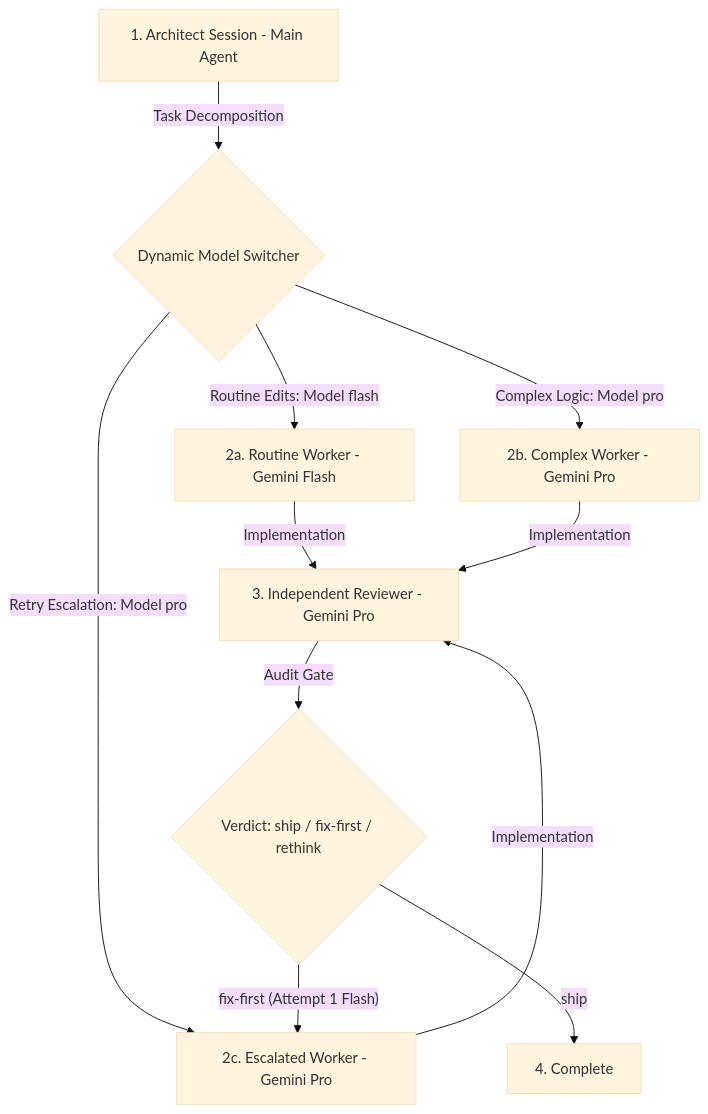
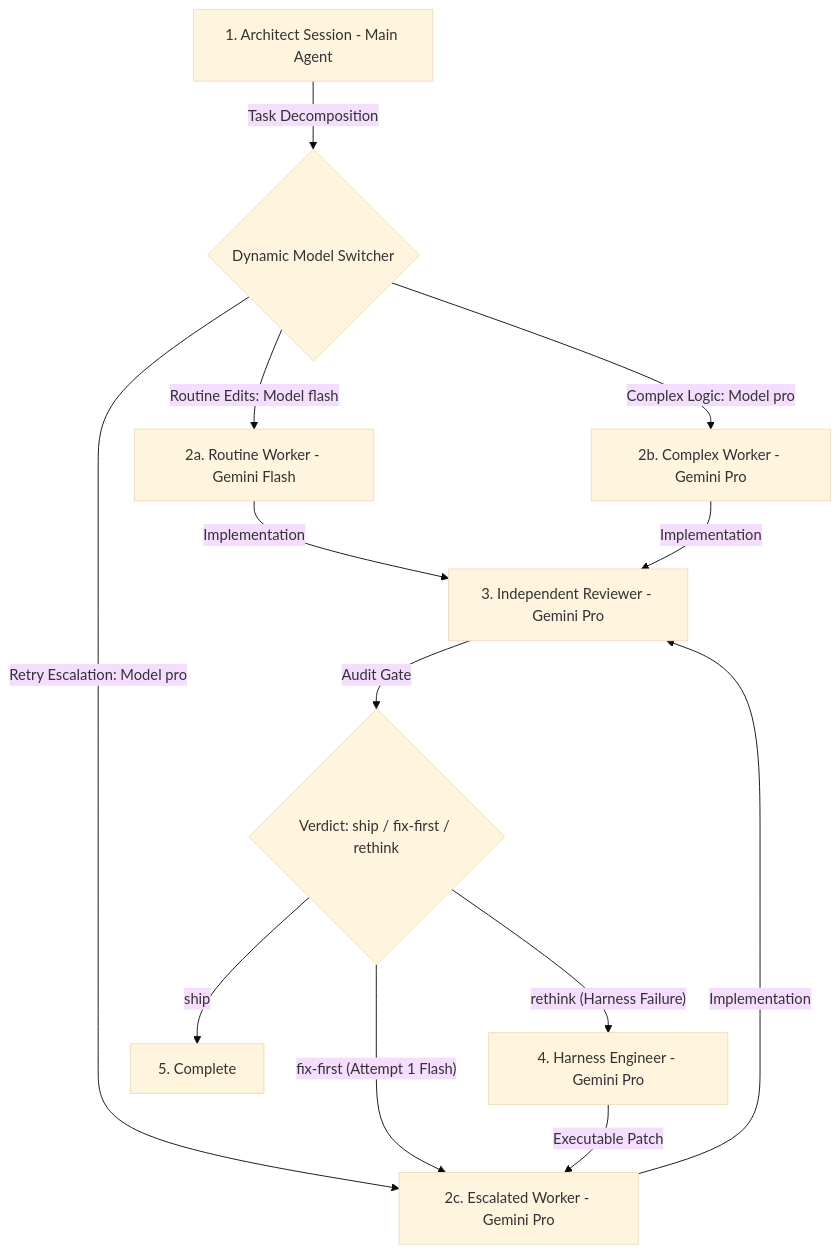
The diagram in README.md (rootkind35-del/antigravity-agentic-triad), drawn with Mermaid (base theme) before and after one commit. The commit also changed other lines of this file and 25 other files, not shown here.

Commit message:
feat: complete multi-agent triad architecture with 5 execution engines and benchmarks

````diff
--- a/README.md
+++ b/README.md
@@ -20,17 +82,19 @@
 ```mermaid
 flowchart TD
     Architect["1. Architect Session - Main Agent"] -->|"Task Decomposition"| Router{Dynamic Model Switcher}
     
     Router -->|"Routine Edits: Model flash"| RoutineWorker["2a. Routine Worker - Gemini Flash"]
     Router -->|"Complex Logic: Model pro"| ComplexWorker["2b. Complex Worker - Gemini Pro"]
     Router -->|"Retry Escalation: Model pro"| EscalatedWorker["2c. Escalated Worker - Gemini Pro"]
     
     RoutineWorker -->|"Implementation"| Reviewer["3. Independent Reviewer - Gemini Pro"]
     ComplexWorker -->|"Implementation"| Reviewer
     EscalatedWorker -->|"Implementation"| Reviewer
     
     Reviewer -->|"Audit Gate"| Verdict{Verdict: ship / fix-first / rethink}
     
     Verdict -->|"fix-first (Attempt 1 Flash)"| EscalatedWorker
-    Verdict -->|"ship"| Complete["4. Complete"]
+    Verdict -->|"rethink (Harness Failure)"| HarnessEngineer["4. Harness Engineer - Gemini Pro"]
+    HarnessEngineer -->|"Executable Patch"| EscalatedWorker
+    Verdict -->|"ship"| Complete["5. Complete"]
 ```
````
